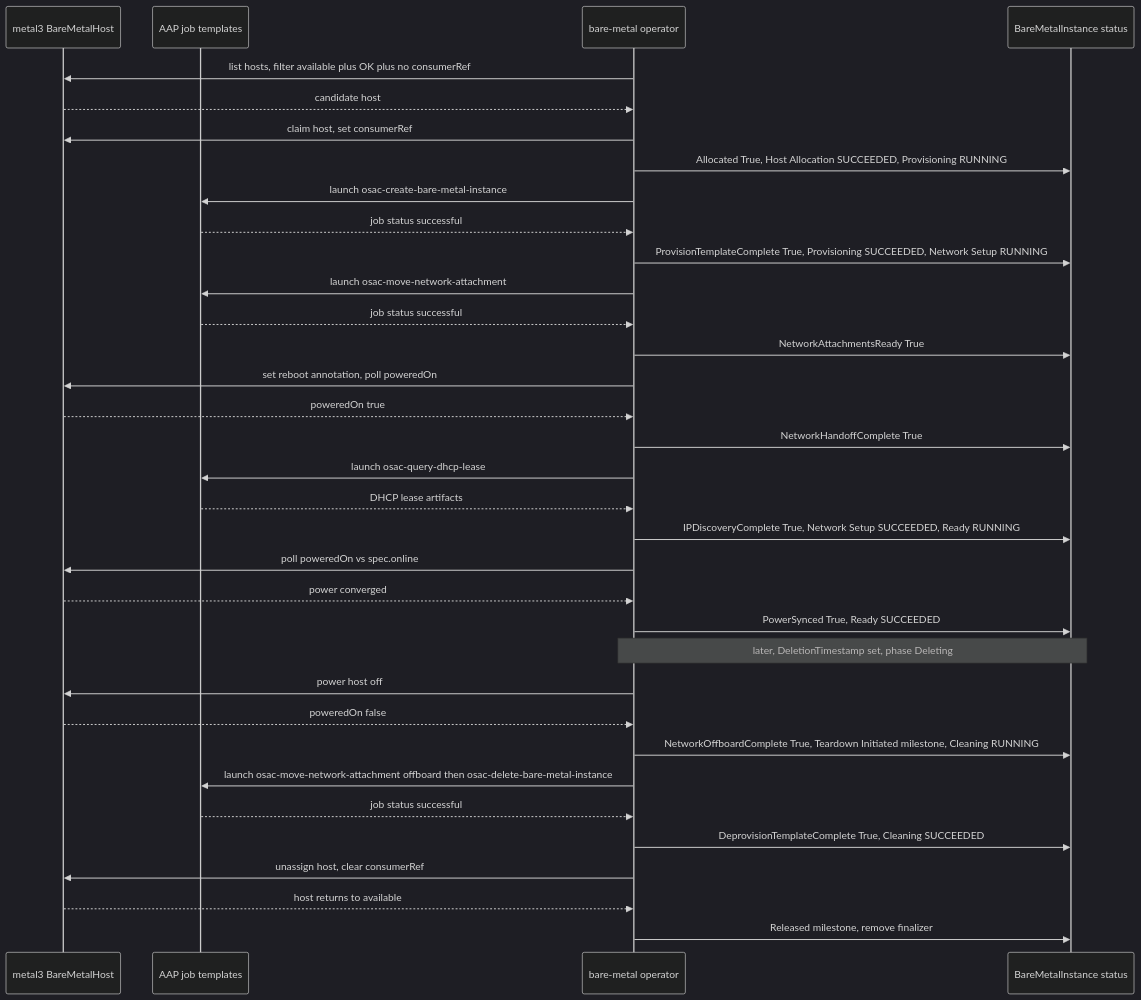
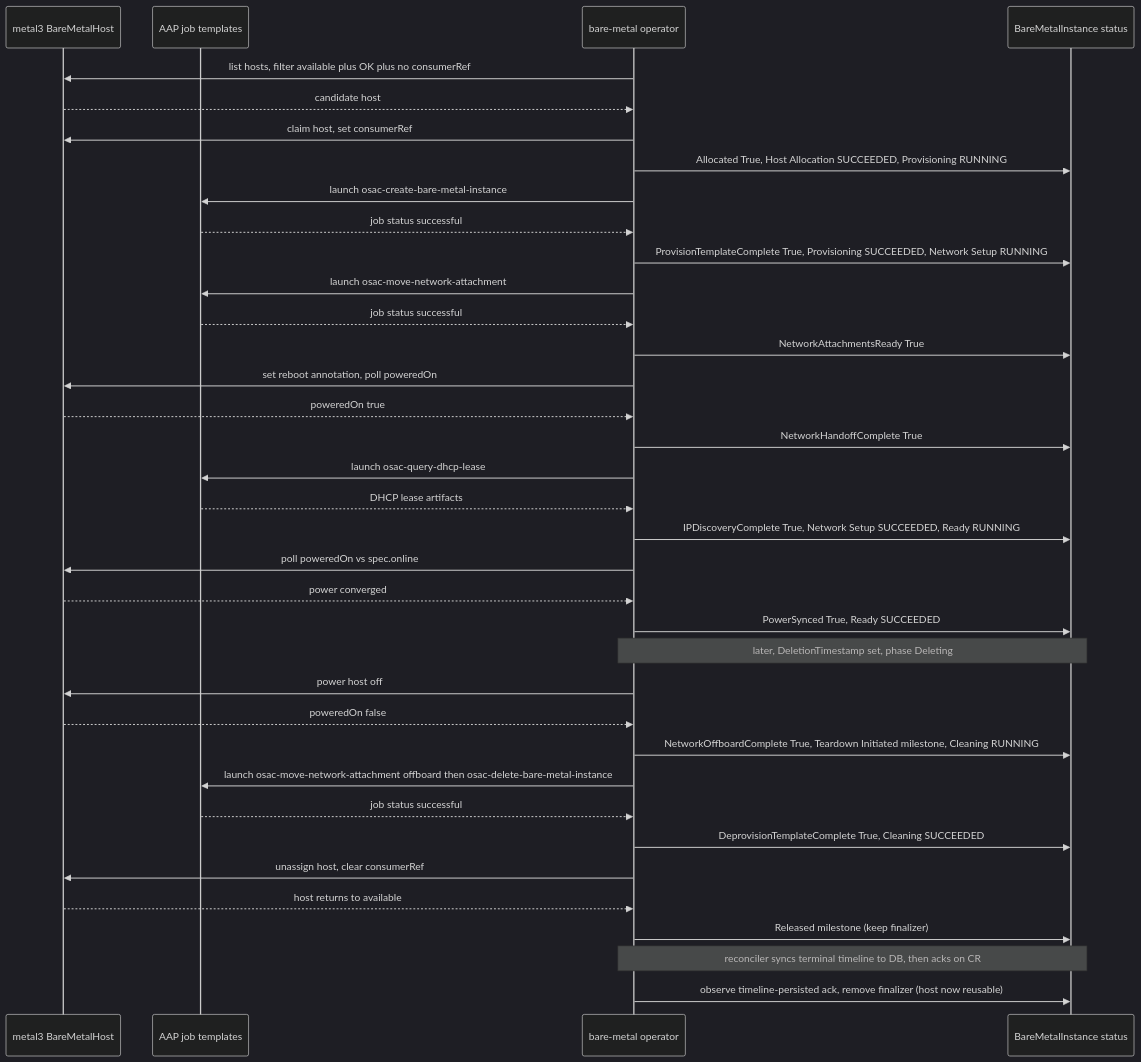
One commit to osac-project/enhancement-proposals changed the second of 2 diagrams in enhancements/OSAC-3459-bmaas-provisioning-progress/design.md. Above: the diagram before and after it, drawn with Mermaid (dark theme). The commit also changed other lines of this file and 2 other files, not shown here.

````diff
--- a/enhancements/OSAC-3459-bmaas-provisioning-progress/design.md
+++ b/enhancements/OSAC-3459-bmaas-provisioning-progress/design.md
@@ -462,41 +559,43 @@
 ```mermaid
 sequenceDiagram
     participant M3 as metal3 BareMetalHost
     participant AAP as AAP job templates
     participant Op as bare-metal operator
     participant CR as BareMetalInstance status
 
     Op->>M3: list hosts, filter available plus OK plus no consumerRef
     M3-->>Op: candidate host
     Op->>M3: claim host, set consumerRef
     Op->>CR: Allocated True, Host Allocation SUCCEEDED, Provisioning RUNNING
 
     Op->>AAP: launch osac-create-bare-metal-instance
     AAP-->>Op: job status successful
     Op->>CR: ProvisionTemplateComplete True, Provisioning SUCCEEDED, Network Setup RUNNING
 
     Op->>AAP: launch osac-move-network-attachment
     AAP-->>Op: job status successful
     Op->>CR: NetworkAttachmentsReady True
     Op->>M3: set reboot annotation, poll poweredOn
     M3-->>Op: poweredOn true
     Op->>CR: NetworkHandoffComplete True
     Op->>AAP: launch osac-query-dhcp-lease
     AAP-->>Op: DHCP lease artifacts
     Op->>CR: IPDiscoveryComplete True, Network Setup SUCCEEDED, Ready RUNNING
 
     Op->>M3: poll poweredOn vs spec.online
     M3-->>Op: power converged
     Op->>CR: PowerSynced True, Ready SUCCEEDED
 
     Note over Op,CR: later, DeletionTimestamp set, phase Deleting
     Op->>M3: power host off
     M3-->>Op: poweredOn false
     Op->>CR: NetworkOffboardComplete True, Teardown Initiated milestone, Cleaning RUNNING
     Op->>AAP: launch osac-move-network-attachment offboard then osac-delete-bare-metal-instance
     AAP-->>Op: job status successful
     Op->>CR: DeprovisionTemplateComplete True, Cleaning SUCCEEDED
     Op->>M3: unassign host, clear consumerRef
     M3-->>Op: host returns to available
-    Op->>CR: Released milestone, remove finalizer
+    Op->>CR: Released milestone (keep finalizer)
+    Note over Op,CR: reconciler syncs terminal timeline to DB, then acks on CR
+    Op->>CR: observe timeline-persisted ack, remove finalizer (host now reusable)
 ```
````
